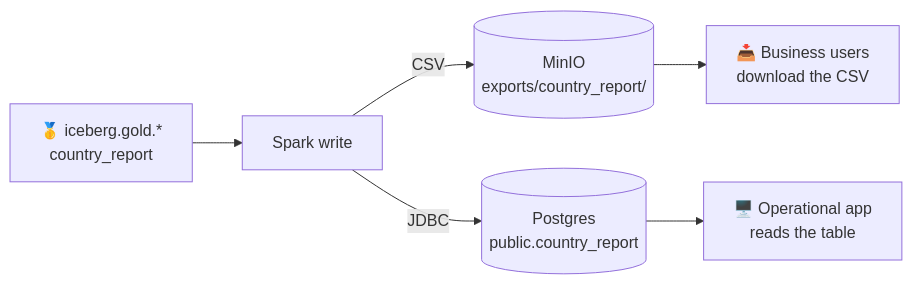
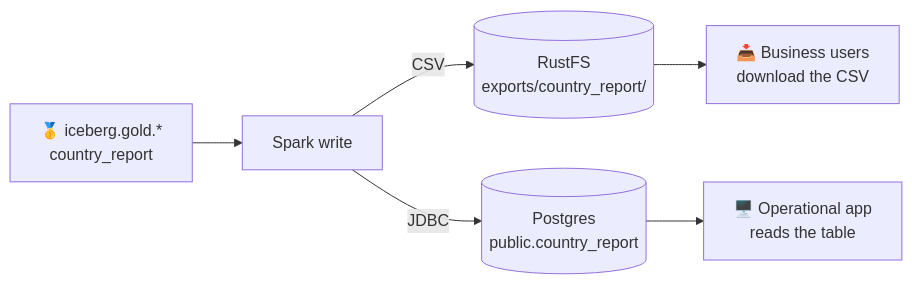
Before and after one commit to maarthala/databrick-local-simulator: the diagram in training/docs/recipes/reverse-etl.md, drawn with Mermaid. The commit also changed other lines of this file and 27 other files, not shown here.

````diff
--- a/training/docs/recipes/reverse-etl.md
+++ b/training/docs/recipes/reverse-etl.md
@@ -13,8 +13,8 @@
 ```mermaid
 flowchart LR
   G["🥇 iceberg.gold.*<br/>country_report"] --> RE[Spark write]
-  RE -->|CSV| S3[(MinIO<br/>exports/country_report/)]
+  RE -->|CSV| S3[(RustFS<br/>exports/country_report/)]
   RE -->|JDBC| PG[(Postgres<br/>public.country_report)]
   S3 --> BU[📥 Business users<br/>download the CSV]
   PG --> APP[🖥️ Operational app<br/>reads the table]
 ```
````
